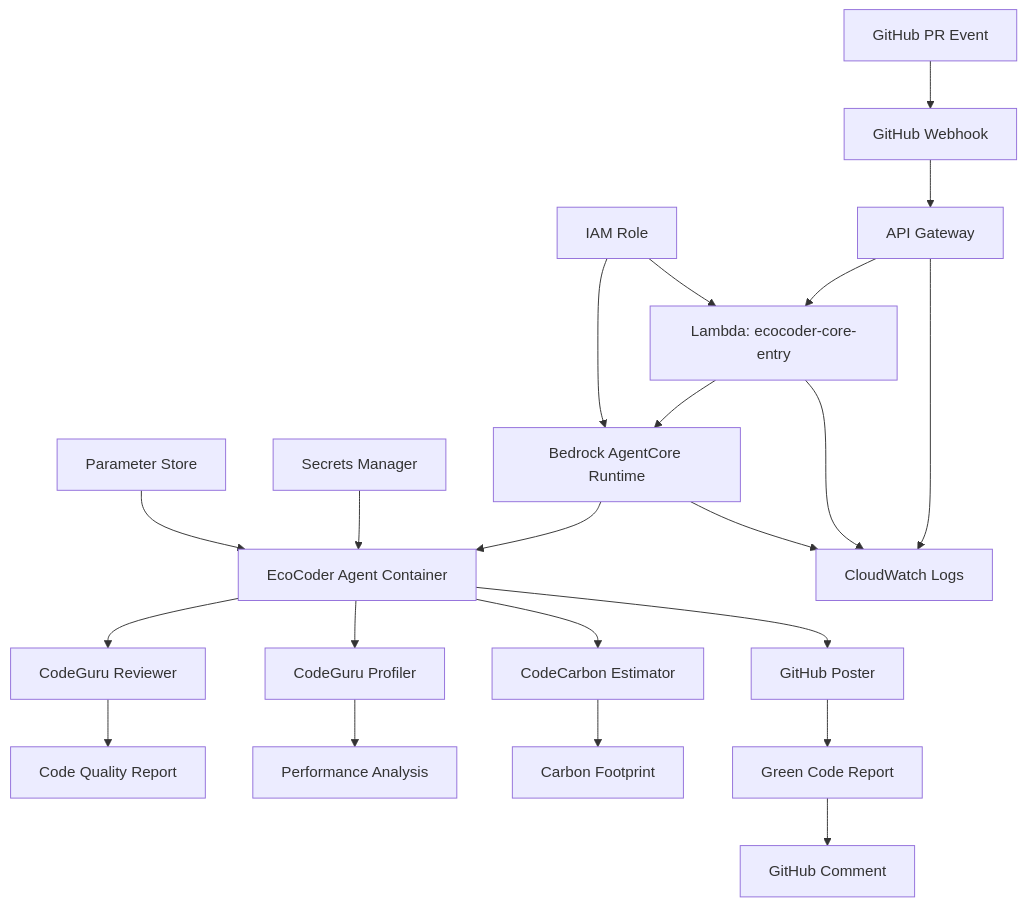
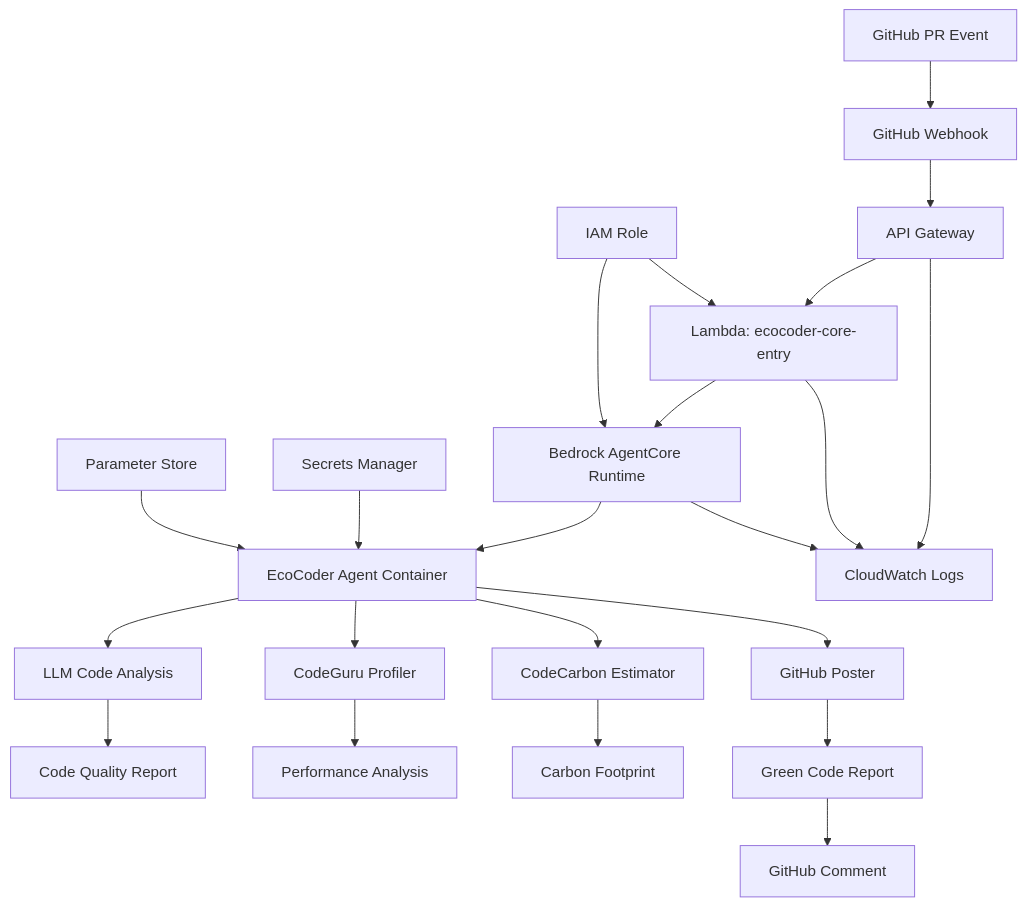
The diagram in README.md (mohdalikm/EcoCoderAgentCore), drawn with Mermaid before and after one commit. The commit also changed other lines of this file and 15 other files, not shown here.

Commit message:
removed code guru reviewever and replaced it with llm code reviwer tool for the agent to use

````diff
--- a/README.md
+++ b/README.md
@@ -27,30 +27,30 @@
 ```mermaid
 graph TB
     A[GitHub PR Event] --> B[GitHub Webhook]
     B --> C[API Gateway]
     C --> D[Lambda: ecocoder-core-entry]
     D --> E[Bedrock AgentCore Runtime]
     E --> F[EcoCoder Agent Container]
     
-    F --> G[CodeGuru Reviewer]
+    F --> G[LLM Code Analysis]
     F --> H[CodeGuru Profiler]
     F --> I[CodeCarbon Estimator]
     F --> J[GitHub Poster]
     
     G --> K[Code Quality Report]
     H --> L[Performance Analysis]
     I --> M[Carbon Footprint]
     J --> N[Green Code Report]
     
     N --> O[GitHub Comment]
     
     C --> P[CloudWatch Logs]
     D --> P
     E --> P
     
     Q[IAM Role] --> D
     Q --> E
     
     R[Secrets Manager] --> F
     S[Parameter Store] --> F
 ```
````
